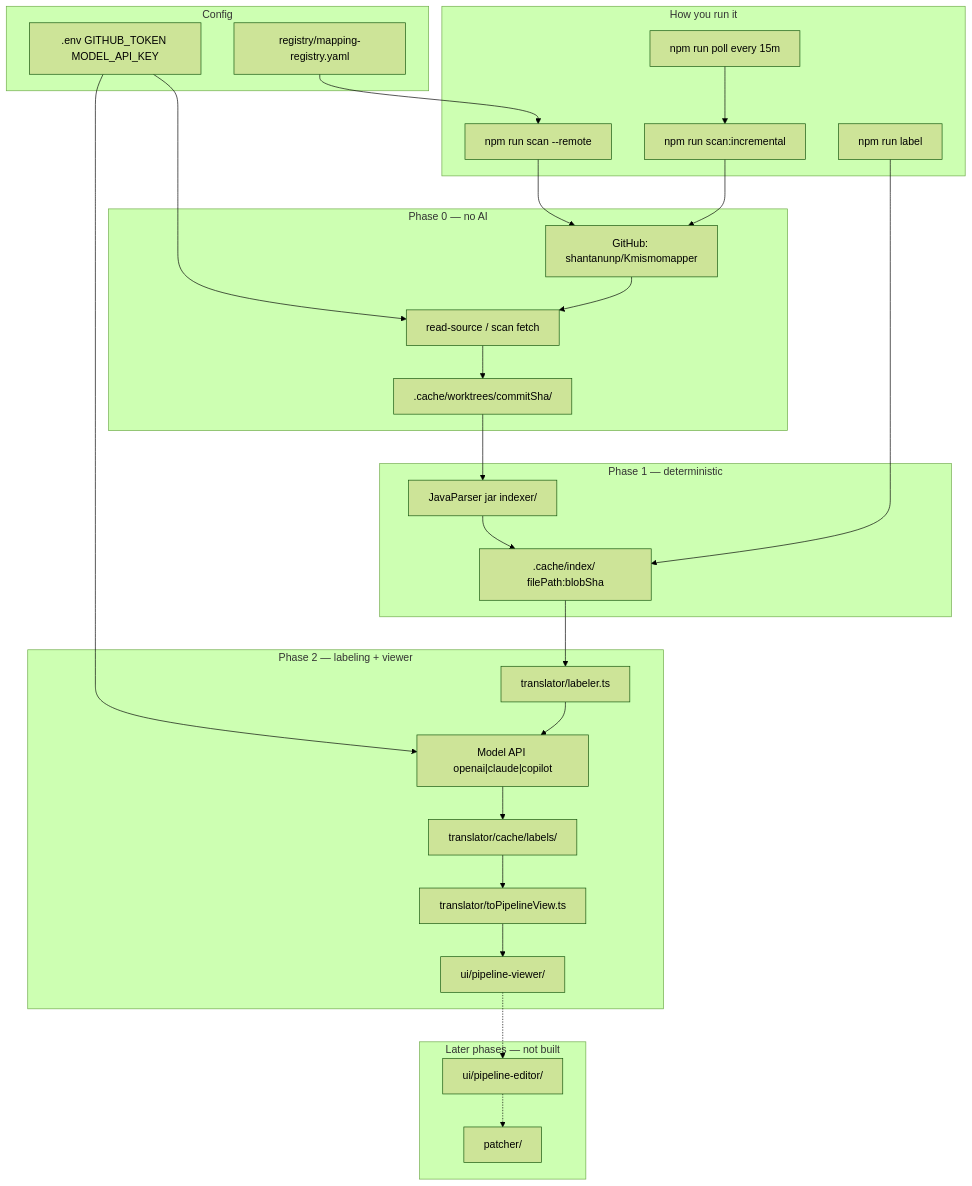
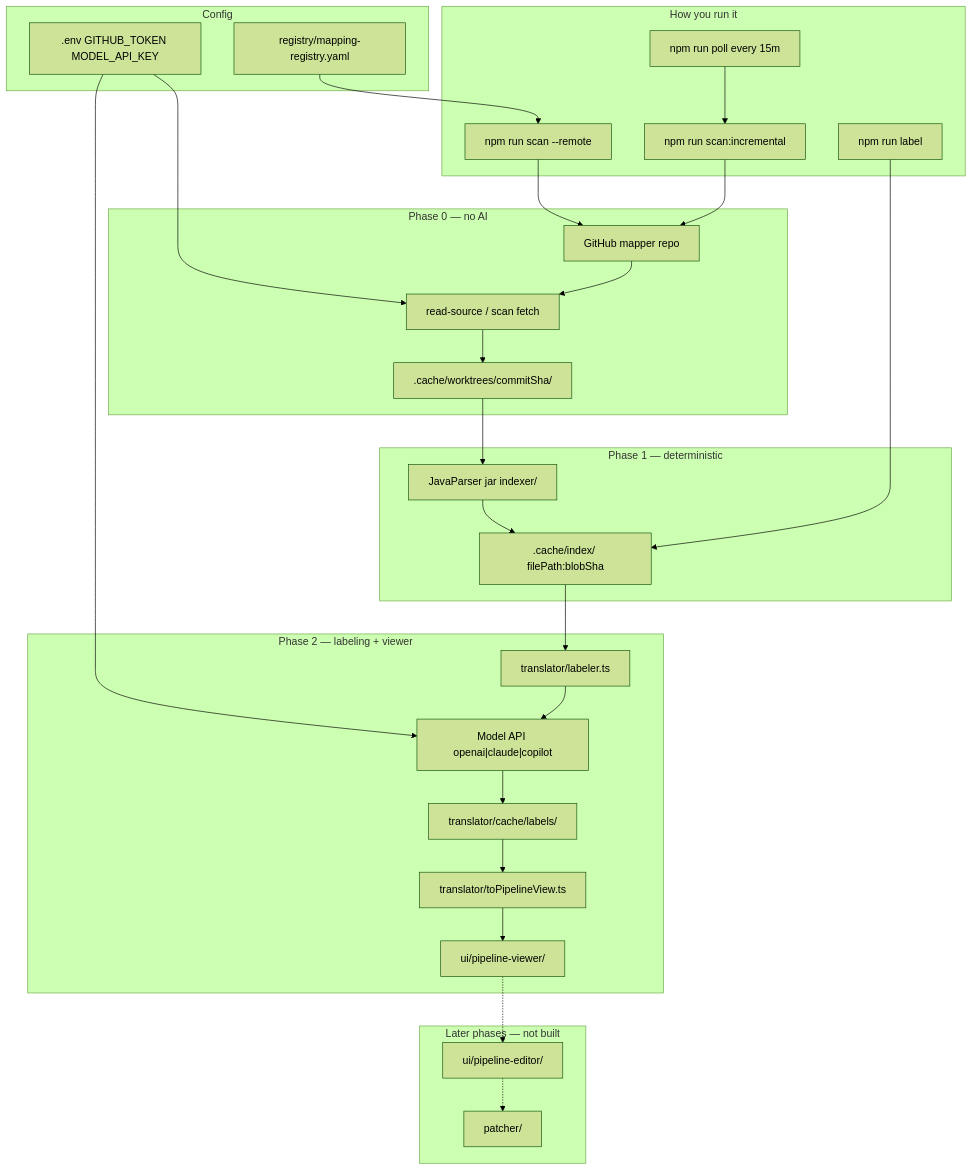
One commit to shantanunp/kodiak-agent changed the diagram in ABOUT.md. Above: the diagram before and after it, drawn with Mermaid (forest theme). The commit also changed other lines of this file and 14 other files, not shown here.

````diff
--- a/ABOUT.md
+++ b/ABOUT.md
@@ -96,52 +96,52 @@
 ```mermaid
 flowchart TD
   subgraph config [Config]
     Registry["registry/mapping-registry.yaml"]
     Env[".env GITHUB_TOKEN MODEL_API_KEY"]
   end
 
   subgraph phase0 [Phase 0 — no AI]
-    GitHub["GitHub: shantanunp/Kmismomapper"]
+    GitHub["GitHub mapper repo"]
     Fetch["read-source / scan fetch"]
     Worktree[".cache/worktrees/commitSha/"]
   end
 
   subgraph phase1 [Phase 1 — deterministic]
     Indexer["JavaParser jar indexer/"]
     AstCache[".cache/index/ filePath:blobSha"]
   end
 
   subgraph phase2 [Phase 2 — labeling + viewer]
     Labeler["translator/labeler.ts"]
     ModelApi["Model API openai|claude|copilot"]
     LabelCache["translator/cache/labels/"]
     Adapter["translator/toPipelineView.ts"]
     Viewer["ui/pipeline-viewer/"]
   end
 
   subgraph future [Later phases — not built]
     Editor["ui/pipeline-editor/"]
     Patcher["patcher/"]
   end
 
   subgraph triggers [How you run it]
     ManualScan["npm run scan --remote"]
     ManualLabel["npm run label"]
     Incremental["npm run scan:incremental"]
     Poll["npm run poll every 15m"]
   end
 
   Registry --> ManualScan
   Env --> Fetch
   Env --> ModelApi
   ManualScan --> GitHub
   GitHub --> Fetch --> Worktree --> Indexer --> AstCache
   ManualLabel --> AstCache
   AstCache --> Labeler
   Labeler --> ModelApi --> LabelCache
   LabelCache --> Adapter --> Viewer
   Incremental --> GitHub
   Poll --> Incremental
   Viewer -.-> Editor
   Editor -.-> Patcher
 ```
````
